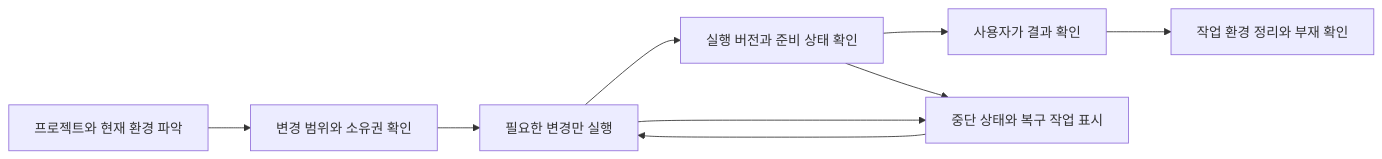
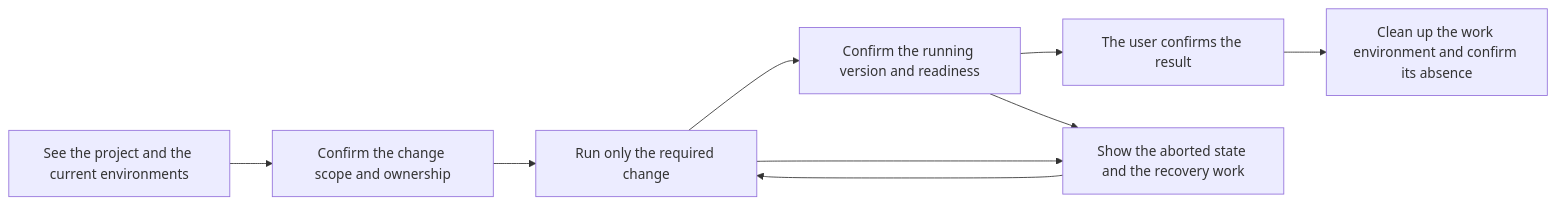
One commit to de-novo/skills changed the diagram in docs/grove-product-direction.md. Above: the diagram before and after it, drawn with Mermaid. The commit also changed other lines of this file and 6 other files, not shown here.

````diff
--- a/docs/grove-product-direction.md
+++ b/docs/grove-product-direction.md
@@ -58,11 +72,11 @@
 ```mermaid
 flowchart LR
-  A[프로젝트와 현재 환경 파악] --> B[변경 범위와 소유권 확인]
-  B --> C[필요한 변경만 실행]
-  C --> D[실행 버전과 준비 상태 확인]
-  D --> E[사용자가 결과 확인]
-  E --> F[작업 환경 정리와 부재 확인]
-  C --> G[중단 상태와 복구 작업 표시]
+  A[See the project and the current environments] --> B[Confirm the change scope and ownership]
+  B --> C[Run only the required change]
+  C --> D[Confirm the running version and readiness]
+  D --> E[The user confirms the result]
+  E --> F[Clean up the work environment and confirm its absence]
+  C --> G[Show the aborted state and the recovery work]
   D --> G
   G --> C
 ```
````
